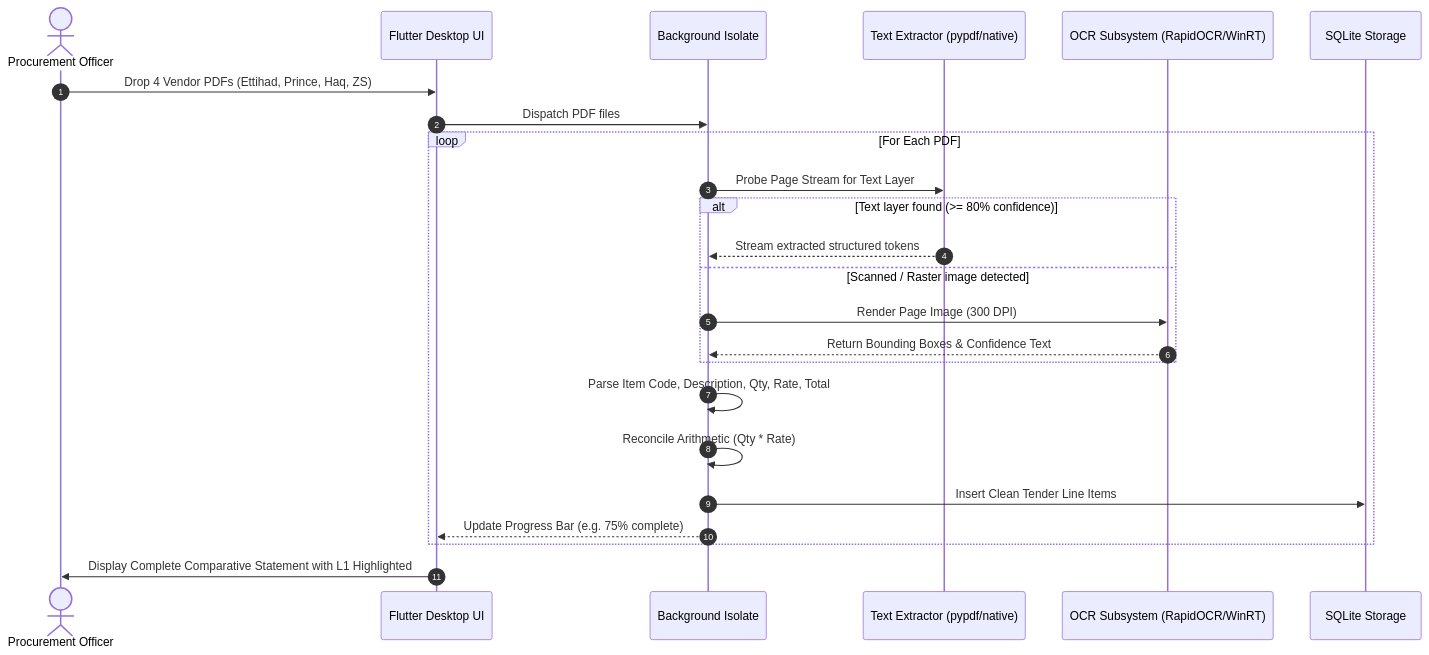
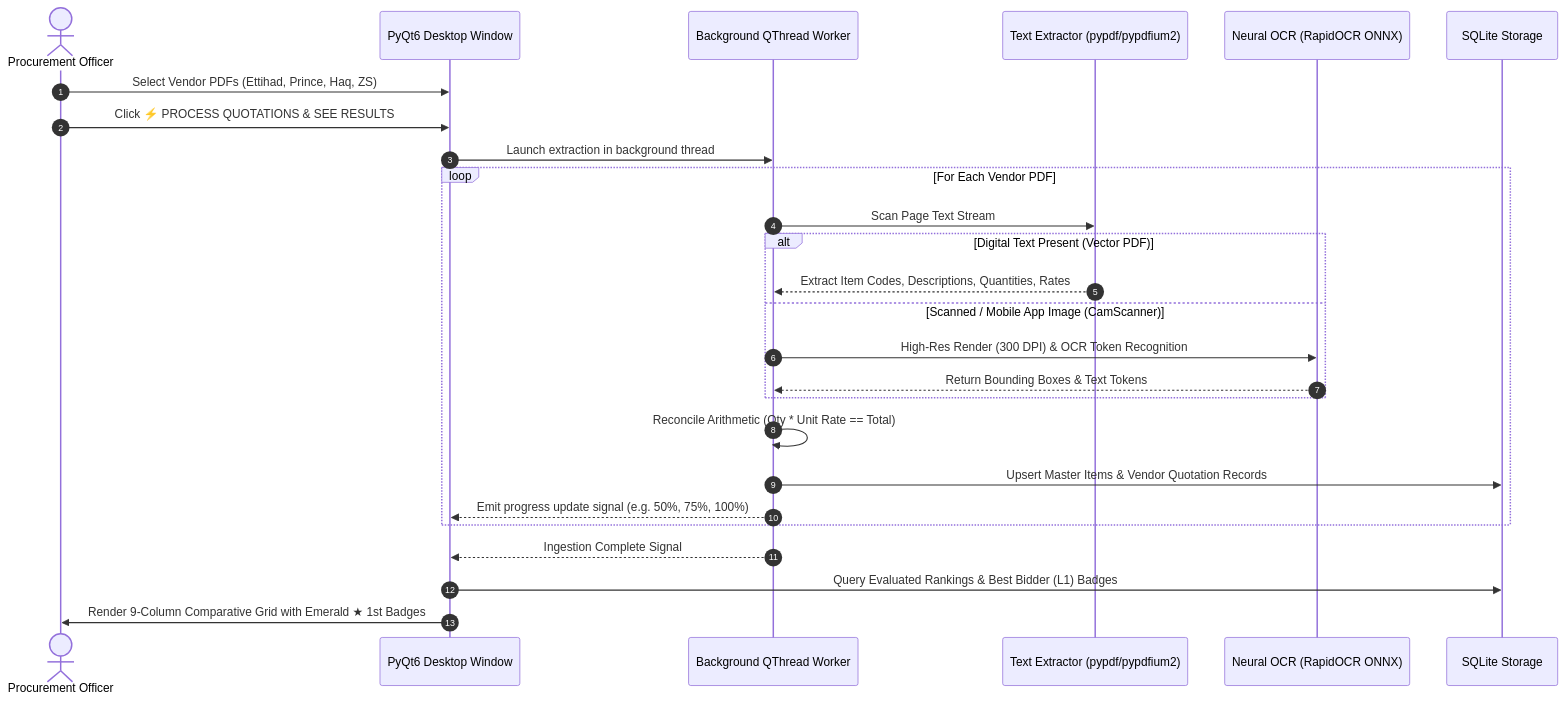
Before and after one commit to Muhammad9985/BidMatrix-Pro: the third of 7 diagrams in README.md, drawn with Mermaid. The commit also changed other lines of this file, not shown here.

````diff
--- a/README.md
+++ b/README.md
@@ -120,27 +126,29 @@
 ```mermaid
 sequenceDiagram
     autonumber
     actor User as Procurement Officer
-    participant UI as Flutter Desktop UI
-    participant Worker as Background Isolate
-    participant Extractor as Text Extractor (pypdf/native)
-    participant OCR as OCR Subsystem (RapidOCR/WinRT)
+    participant UI as PyQt6 Desktop Window
+    participant Worker as Background QThread Worker
+    participant Extractor as Text Extractor (pypdf/pypdfium2)
+    participant OCR as Neural OCR (RapidOCR ONNX)
     participant DB as SQLite Storage
 
-    User->>UI: Drop 4 Vendor PDFs (Ettihad, Prince, Haq, ZS)
-    UI->>Worker: Dispatch PDF files
-    loop For Each PDF
-        Worker->>Extractor: Probe Page Stream for Text Layer
-        alt Text layer found (>= 80% confidence)
-            Extractor-->>Worker: Stream extracted structured tokens
-        else Scanned / Raster image detected
-            Worker->>OCR: Render Page Image (300 DPI)
-            OCR-->>Worker: Return Bounding Boxes & Confidence Text
+    User->>UI: Select Vendor PDFs (Ettihad, Prince, Haq, ZS)
+    User->>UI: Click ⚡ PROCESS QUOTATIONS & SEE RESULTS
+    UI->>Worker: Launch extraction in background thread
+    loop For Each Vendor PDF
+        Worker->>Extractor: Scan Page Text Stream
+        alt Digital Text Present (Vector PDF)
+            Extractor-->>Worker: Extract Item Codes, Descriptions, Quantities, Rates
+        else Scanned / Mobile App Image (CamScanner)
+            Worker->>OCR: High-Res Render (300 DPI) & OCR Token Recognition
+            OCR-->>Worker: Return Bounding Boxes & Text Tokens
         end
-        Worker->>Worker: Parse Item Code, Description, Qty, Rate, Total
-        Worker->>Worker: Reconcile Arithmetic (Qty * Rate)
-        Worker->>DB: Insert Clean Tender Line Items
-        Worker-->>UI: Update Progress Bar (e.g. 75% complete)
+        Worker->>Worker: Reconcile Arithmetic (Qty * Unit Rate == Total)
+        Worker->>DB: Upsert Master Items & Vendor Quotation Records
+        Worker-->>UI: Emit progress update signal (e.g. 50%, 75%, 100%)
     end
-    UI->>User: Display Complete Comparative Statement with L1 Highlighted
+    Worker-->>UI: Ingestion Complete Signal
+    UI->>DB: Query Evaluated Rankings & Best Bidder (L1) Badges
+    UI->>User: Render 9-Column Comparative Grid with Emerald ★ 1st Badges
 ```
````
